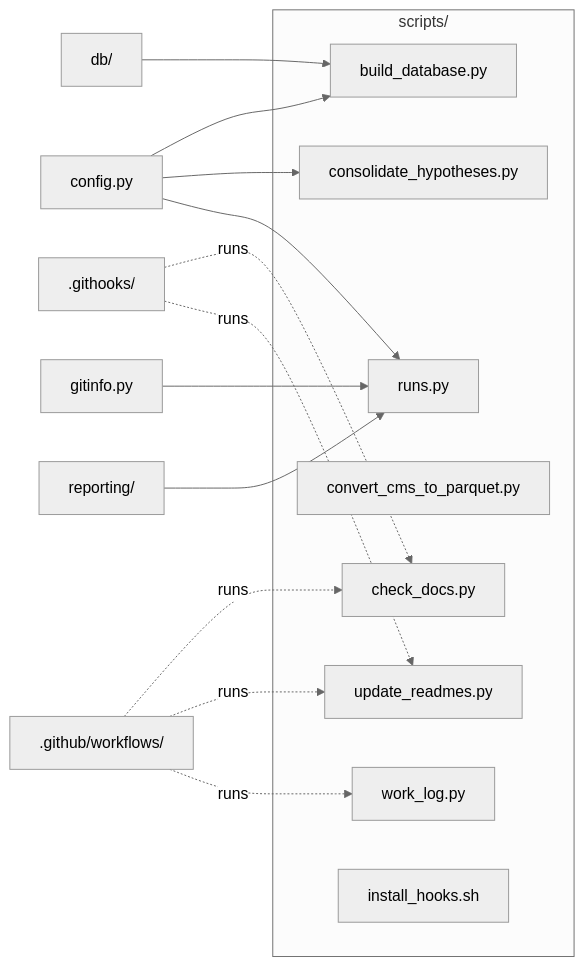
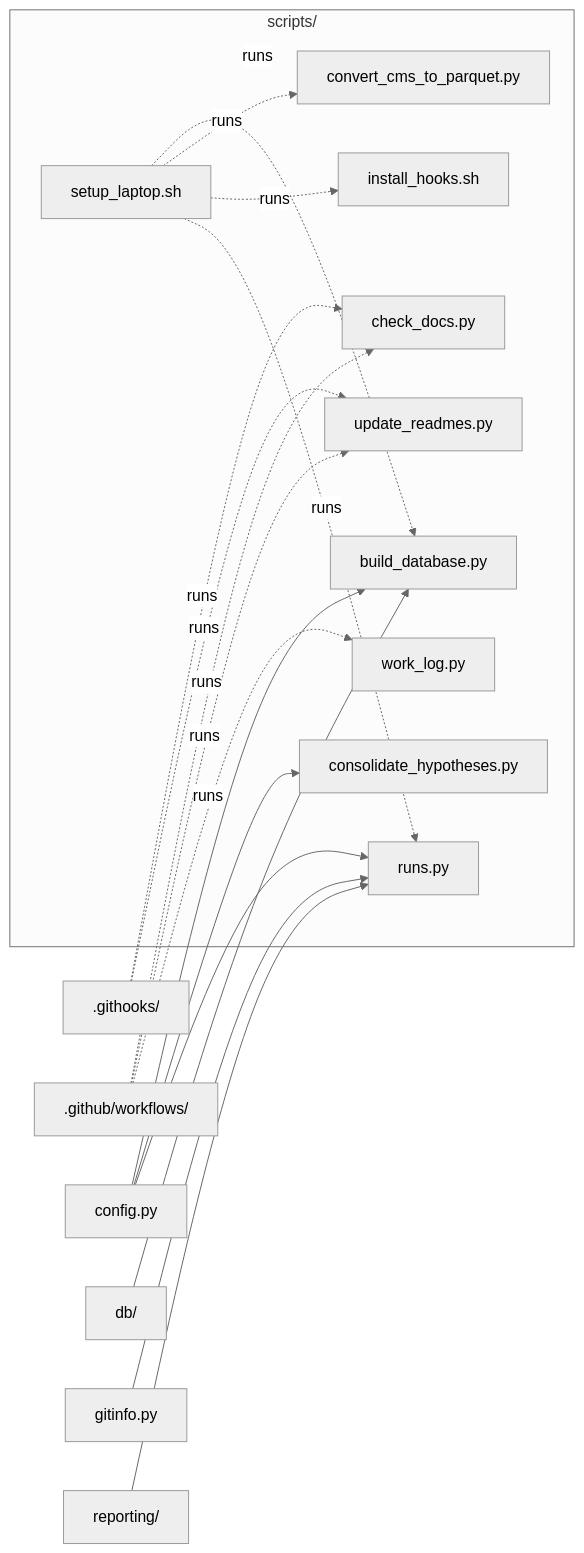
One commit to drsanjna/cardiac-imaging-medicare changed the diagram in scripts/README.md. Above: the diagram before and after it, drawn with Mermaid (neutral theme). The commit also changed other lines of this file and 17 other files, not shown here.

````diff
--- a/scripts/README.md
+++ b/scripts/README.md
@@ -11,30 +11,35 @@
 ```mermaid
 flowchart LR
   subgraph here["scripts/"]
     n_build_database_py["build_database.py"]
     n_check_docs_py["check_docs.py"]
     n_consolidate_hypotheses_py["consolidate_hypotheses.py"]
     n_convert_cms_to_parquet_py["convert_cms_to_parquet.py"]
     n_runs_py["runs.py"]
     n_update_readmes_py["update_readmes.py"]
     n_work_log_py["work_log.py"]
     n_install_hooks_sh["install_hooks.sh"]
+    n_setup_laptop_sh["setup_laptop.sh"]
   end
   n__githooks_[".githooks/"]
   n__github_workflows_[".github/workflows/"]
   n_config_py["config.py"]
   n_db_["db/"]
   n_gitinfo_py["gitinfo.py"]
   n_reporting_["reporting/"]
   n_config_py --> n_build_database_py
   n_config_py --> n_consolidate_hypotheses_py
   n_config_py --> n_runs_py
   n_db_ --> n_build_database_py
   n_gitinfo_py --> n_runs_py
   n_reporting_ --> n_runs_py
   n__githooks_ -. runs .-> n_check_docs_py
   n__githooks_ -. runs .-> n_update_readmes_py
   n__github_workflows_ -. runs .-> n_check_docs_py
   n__github_workflows_ -. runs .-> n_update_readmes_py
   n__github_workflows_ -. runs .-> n_work_log_py
+  n_setup_laptop_sh -. runs .-> n_build_database_py
+  n_setup_laptop_sh -. runs .-> n_convert_cms_to_parquet_py
+  n_setup_laptop_sh -. runs .-> n_install_hooks_sh
+  n_setup_laptop_sh -. runs .-> n_runs_py
 ```
````
